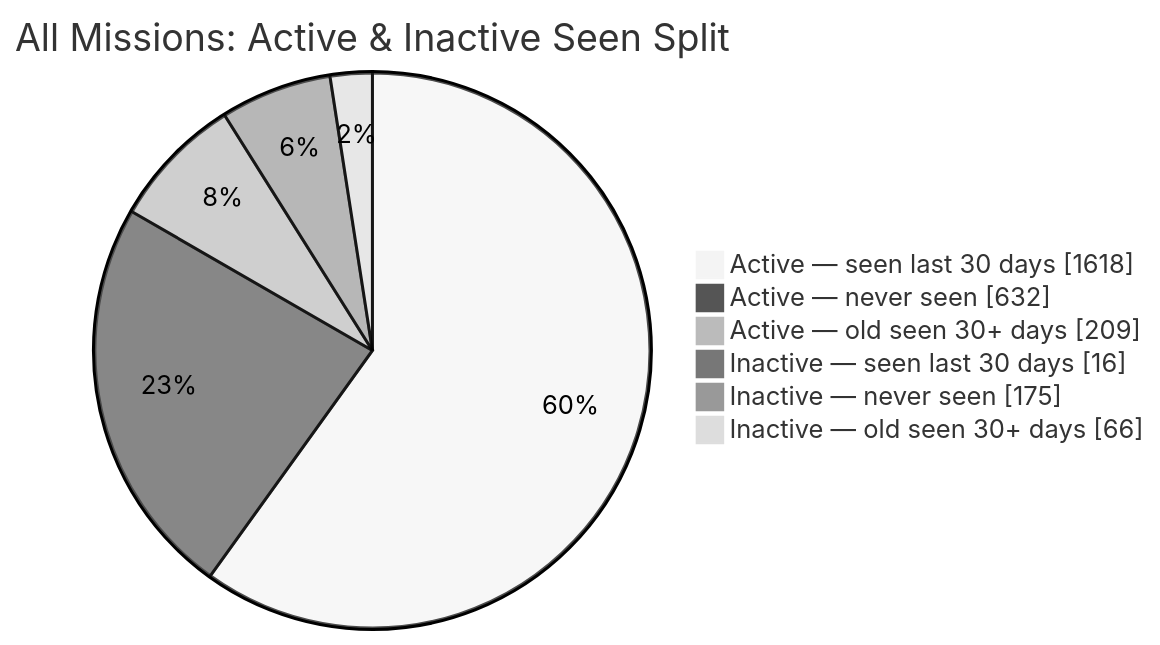
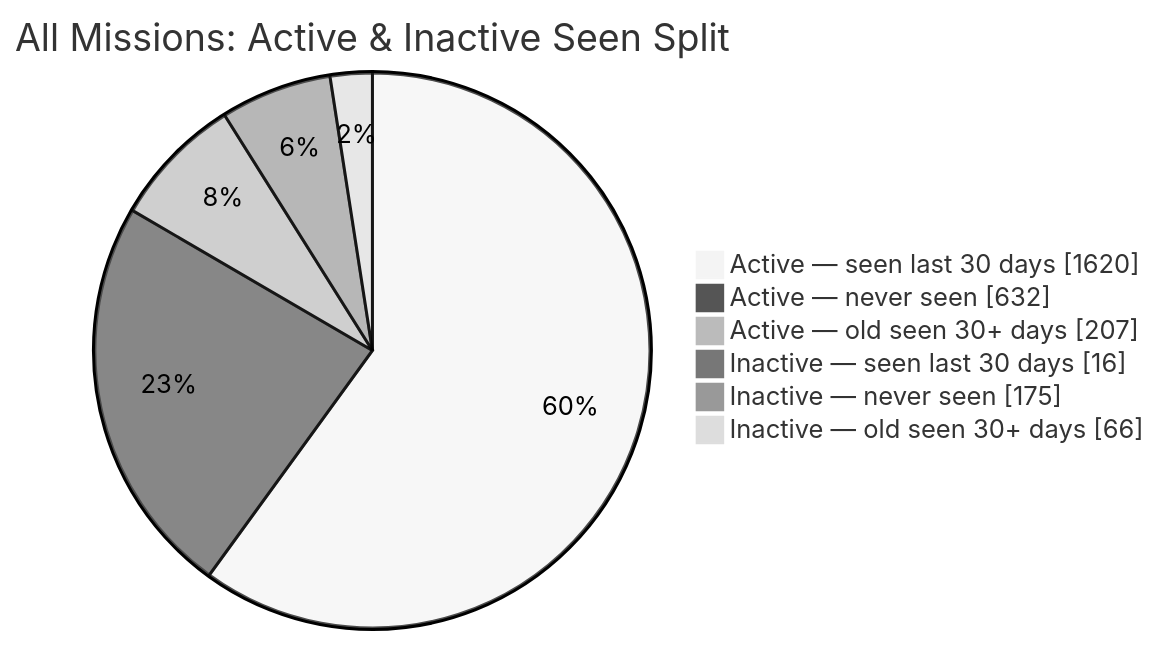
The second of 2 diagrams in README.md (MeldkamerspelGameTeam/active-missions), drawn with Mermaid (neutral theme) before and after one commit. The commit also changed other lines of this file and 2 other files, not shown here.

````diff
--- a/README.md
+++ b/README.md
@@ -44,10 +44,10 @@
 ```mermaid
 pie showData
     title All Missions: Active & Inactive Seen Split
-    "Active — seen last 30 days" : 1618
+    "Active — seen last 30 days" : 1620
     "Active — never seen" : 632
-    "Active — old seen 30+ days" : 209
+    "Active — old seen 30+ days" : 207
     "Inactive — seen last 30 days" : 16
     "Inactive — never seen" : 175
     "Inactive — old seen 30+ days" : 66
 ```
````
